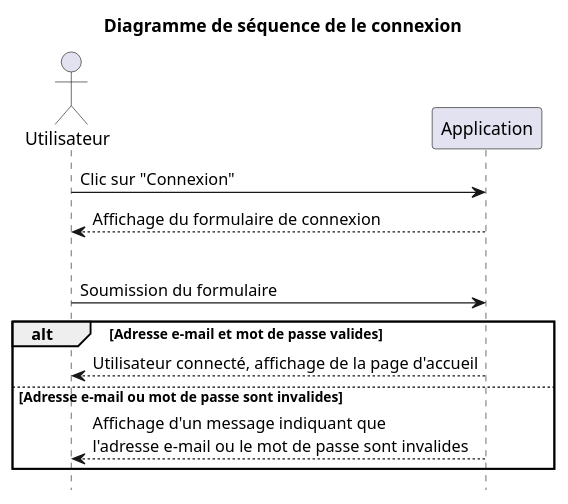
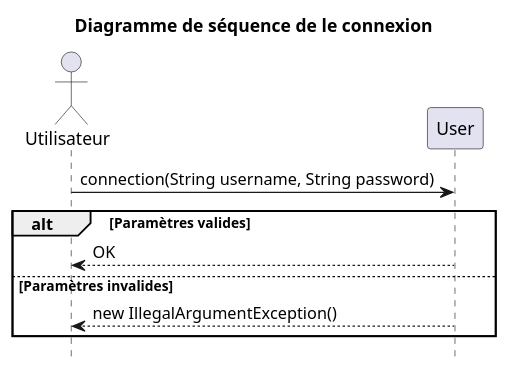
Before and after one commit to SharafGabel/GYMTONIK: the diagram in diagrams/Connexion.puml, drawn with PlantUML. The commit also changed 5 other files, not shown here.

Commit message:
Modification des diagrammes de séquence afin d'utiliser les classes et noms de méthodes.

```diff
--- a/diagrams/Connexion.puml
+++ b/diagrams/Connexion.puml
@@ -1,21 +1,14 @@
 @startuml
 hide footbox
 actor Utilisateur
 
 title Diagramme de séquence de le connexion
 
-Utilisateur -> Application: Clic sur "Connexion"
-Application --> Utilisateur: Affichage du formulaire de connexion
-|||
-Utilisateur -> Application: Soumission du formulaire
+Utilisateur -> User: connection(String username, String password)
 
-alt Adresse e-mail et mot de passe valides
-
-    Utilisateur <-- Application: Utilisateur connecté, affichage de la page d'accueil
-
-else Adresse e-mail ou mot de passe sont invalides
-
-    Utilisateur <-- Application: Affichage d'un message indiquant que\nl'adresse e-mail ou le mot de passe sont invalides
-
+alt Paramètres valides
+    Utilisateur <-- User: OK
+else Paramètres invalides
+    Utilisateur <-- User: new IllegalArgumentException()
 end
 @enduml
```
